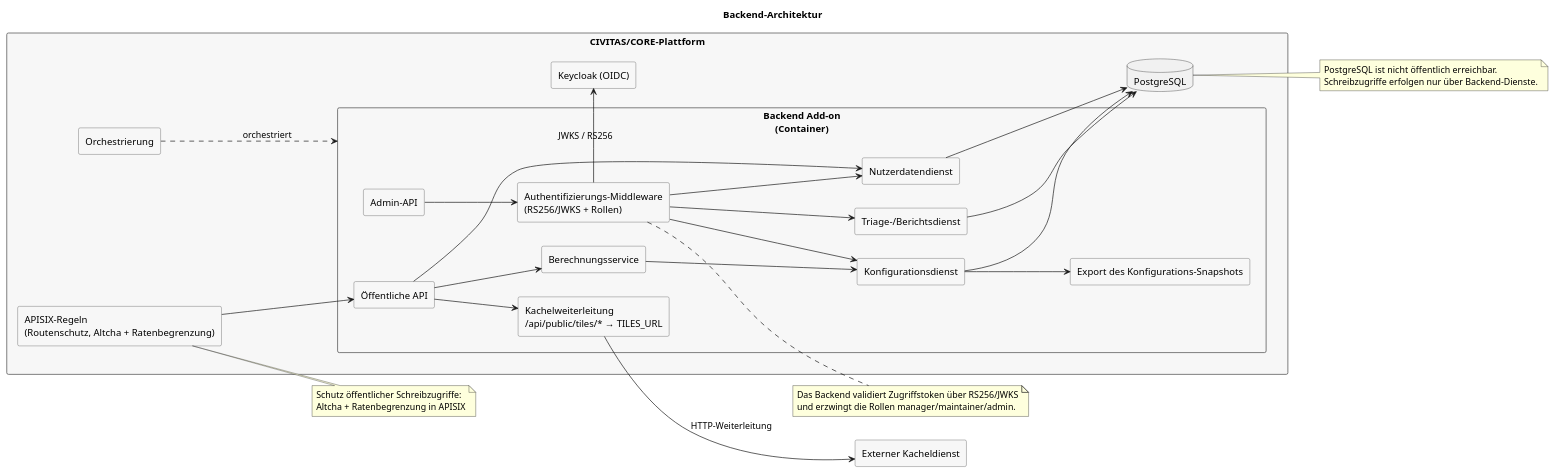
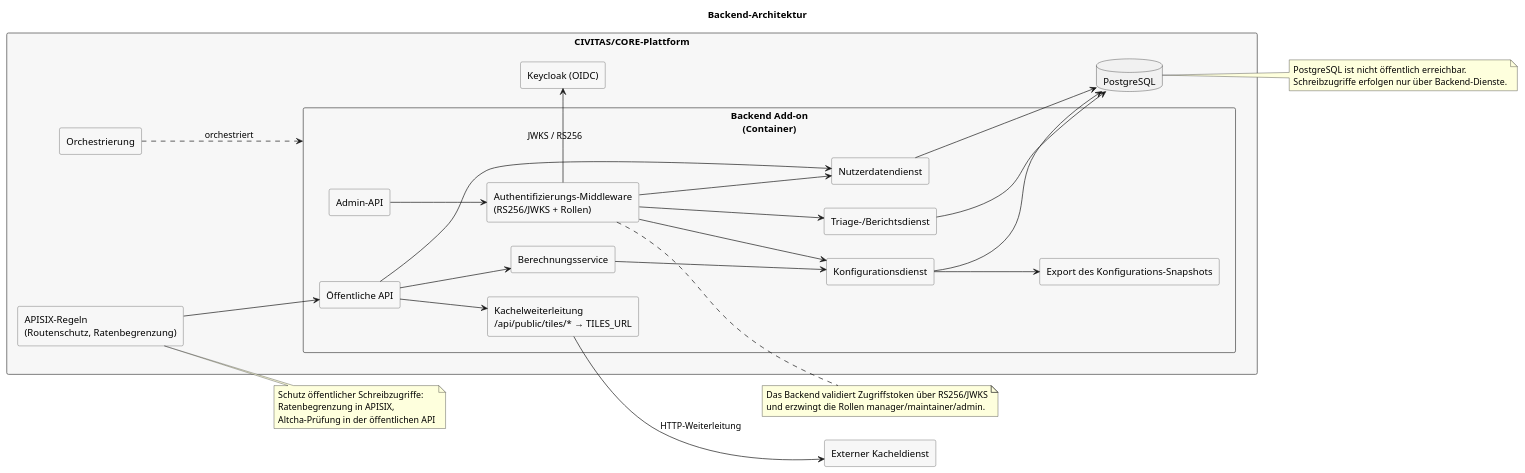
One commit to csi-FOXBYTE/Regensburg_DigitalerEnergieZwilling_MonoRepo changed the diagram in apps/backend/docs/architecture/raw/backend-architecture.puml. Above: the diagram before and after it, drawn with PlantUML. The commit also changed 13 other files, not shown here.

```diff
--- a/apps/backend/docs/architecture/raw/backend-architecture.puml
+++ b/apps/backend/docs/architecture/raw/backend-architecture.puml
@@ -1,65 +1,66 @@
 @startuml
 left to right direction
 skinparam rectangle {
   BackgroundColor #F7F7F7
   BorderColor #444444
 }
 
 title Backend-Architektur
 
 rectangle "CIVITAS/CORE-Plattform" as civitas {
   rectangle "Orchestrierung" as orchestrator
-  rectangle "APISIX-Regeln\n(Routenschutz, Altcha + Ratenbegrenzung)" as protect
+  rectangle "APISIX-Regeln\n(Routenschutz, Ratenbegrenzung)" as protect
 
   rectangle "Backend Add-on\n(Container)" as backend {
     rectangle "Öffentliche API" as public_api
     rectangle "Admin-API" as admin_api
     rectangle "Authentifizierungs-Middleware\n(RS256/JWKS + Rollen)" as auth
     rectangle "Konfigurationsdienst" as config
     rectangle "Nutzerdatendienst" as user_data
     rectangle "Triage-/Berichtsdienst" as triage
     rectangle "Berechnungsservice" as calc
     rectangle "Export des Konfigurations-Snapshots" as export
     rectangle "Kachelweiterleitung\n/api/public/tiles/* → TILES_URL" as tiles_redirect
   }
 
   database "PostgreSQL" as db
   rectangle "Keycloak (OIDC)" as keycloak
 }
 
 rectangle "Externer Kacheldienst" as tiles
 
 orchestrator ..> backend : orchestriert
 
 protect --> public_api
 public_api --> user_data
 public_api --> calc
 public_api --> tiles_redirect
 tiles_redirect --> tiles : HTTP-Weiterleitung
 admin_api --> auth
 auth --> config
 auth --> triage
 auth --> user_data
 config --> export
 config --> db
 user_data --> db
 triage --> db
 calc --> config
 auth -right-> keycloak : JWKS / RS256
 
 note right of protect
 Schutz öffentlicher Schreibzugriffe:
-Altcha + Ratenbegrenzung in APISIX
+Ratenbegrenzung in APISIX,
+Altcha-Prüfung in der öffentlichen API
 end note
 
 note right of auth
 Das Backend validiert Zugriffstoken über RS256/JWKS
 und erzwingt die Rollen manager/maintainer/admin.
 end note
 
 note right of db
 PostgreSQL ist nicht öffentlich erreichbar.
 Schreibzugriffe erfolgen nur über Backend-Dienste.
 end note
 
 @enduml
```
